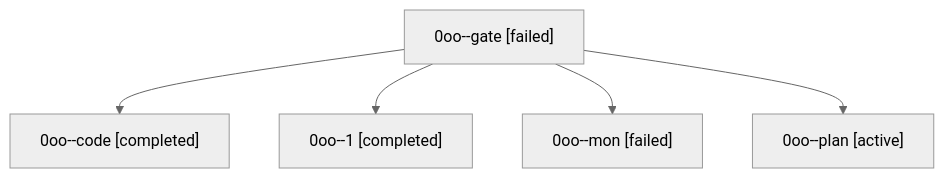
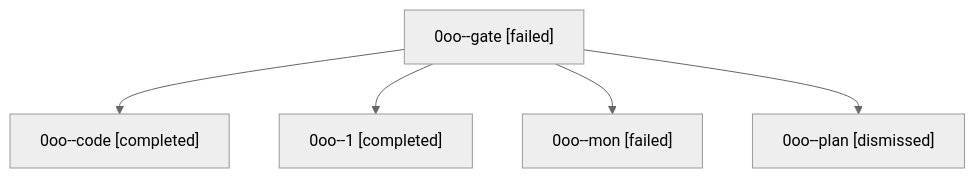
Before and after one commit to sase-org/sase--agents: the diagram in sessions/bbugyi200.athena.0oo.md, drawn with Mermaid (neutral theme). The commit also changed other lines of this file and 37 other files, not shown here.

````diff
--- a/sessions/bbugyi200.athena.0oo.md
+++ b/sessions/bbugyi200.athena.0oo.md
@@ -9,12 +9,12 @@
 ```mermaid
 flowchart TD
   n0["0oo--gate [failed]"]
   n1["0oo--code [completed]"]
   n0 --> n1
   n2["0oo--1 [completed]"]
   n0 --> n2
   n3["0oo--mon [failed]"]
   n0 --> n3
-  n4["0oo--plan [active]"]
+  n4["0oo--plan [dismissed]"]
   n0 --> n4
 ```
````
